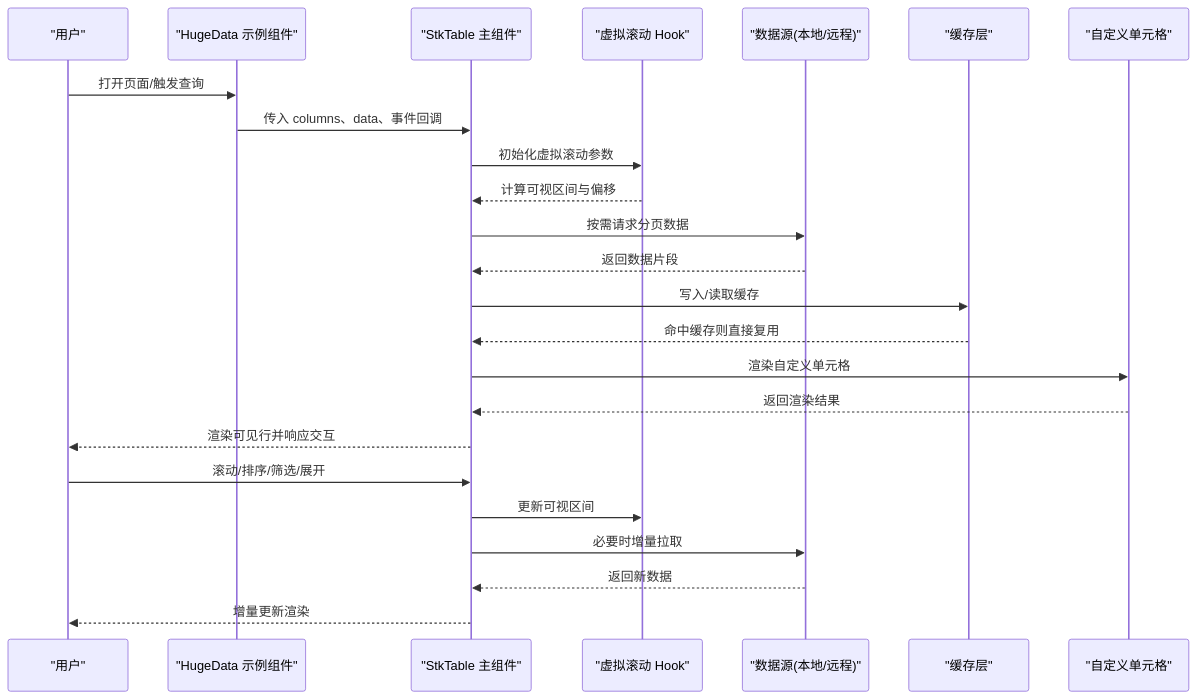
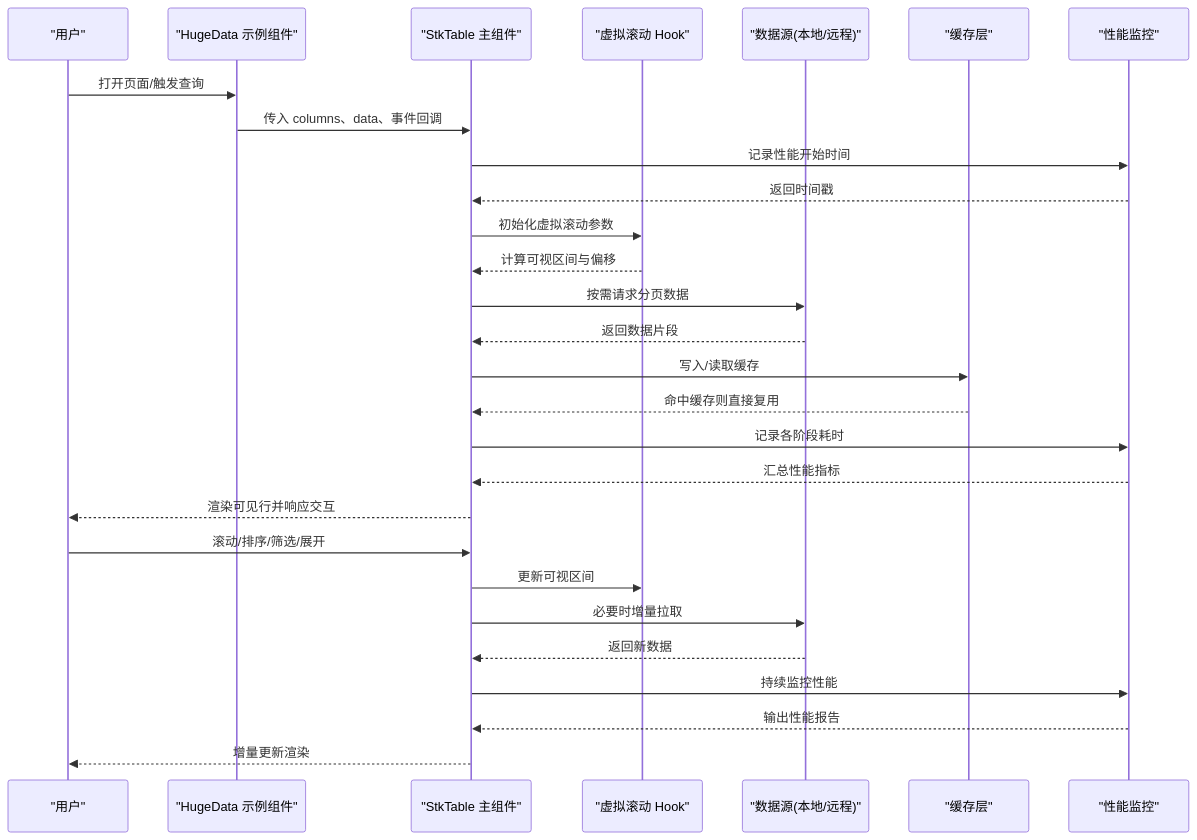
The second of 13 diagrams in .qoder/repowiki/zh/content/示例演示/大数据处理示例.md (ja-plus/stk-table-vue), drawn with Mermaid before and after one commit. The commit also changed other lines of this file and 12 other files, not shown here.

````diff
--- a/.qoder/repowiki/zh/content/示例演示/大数据处理示例.md
+++ b/.qoder/repowiki/zh/content/示例演示/大数据处理示例.md
@@ -164,26 +162,30 @@
 ```mermaid
 sequenceDiagram
 participant U as "用户"
 participant C as "HugeData 示例组件"
 participant T as "StkTable 主组件"
 participant V as "虚拟滚动 Hook"
 participant D as "数据源(本地/远程)"
 participant H as "缓存层"
-participant CC as "自定义单元格"
+participant P as "性能监控"
 U->>C : 打开页面/触发查询
 C->>T : 传入 columns、data、事件回调
+T->>P : 记录性能开始时间
+P-->>T : 返回时间戳
 T->>V : 初始化虚拟滚动参数
 V-->>T : 计算可视区间与偏移
 T->>D : 按需请求分页数据
 D-->>T : 返回数据片段
 T->>H : 写入/读取缓存
 H-->>T : 命中缓存则直接复用
-T->>CC : 渲染自定义单元格
-CC-->>T : 返回渲染结果
+T->>P : 记录各阶段耗时
+P-->>T : 汇总性能指标
 T-->>U : 渲染可见行并响应交互
 U->>T : 滚动/排序/筛选/展开
 T->>V : 更新可视区间
 T->>D : 必要时增量拉取
 D-->>T : 返回新数据
+T->>P : 持续监控性能
+P-->>T : 输出性能报告
 T-->>U : 增量更新渲染
 ```
````
